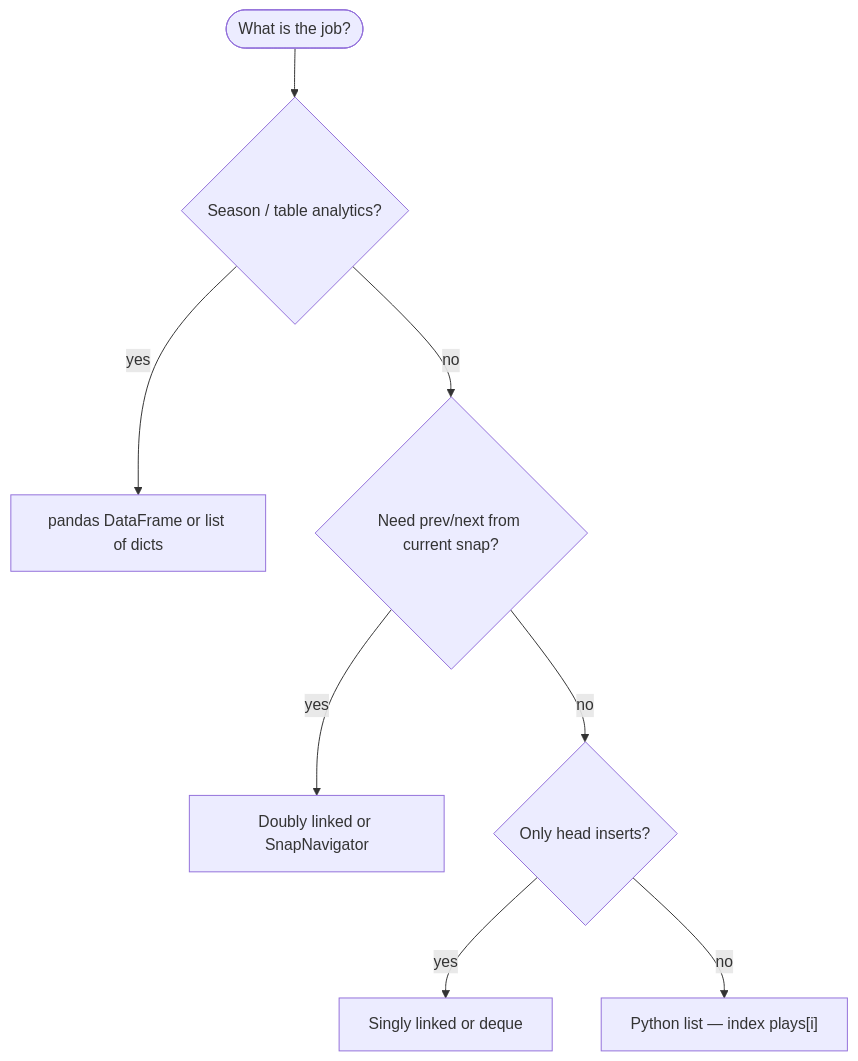
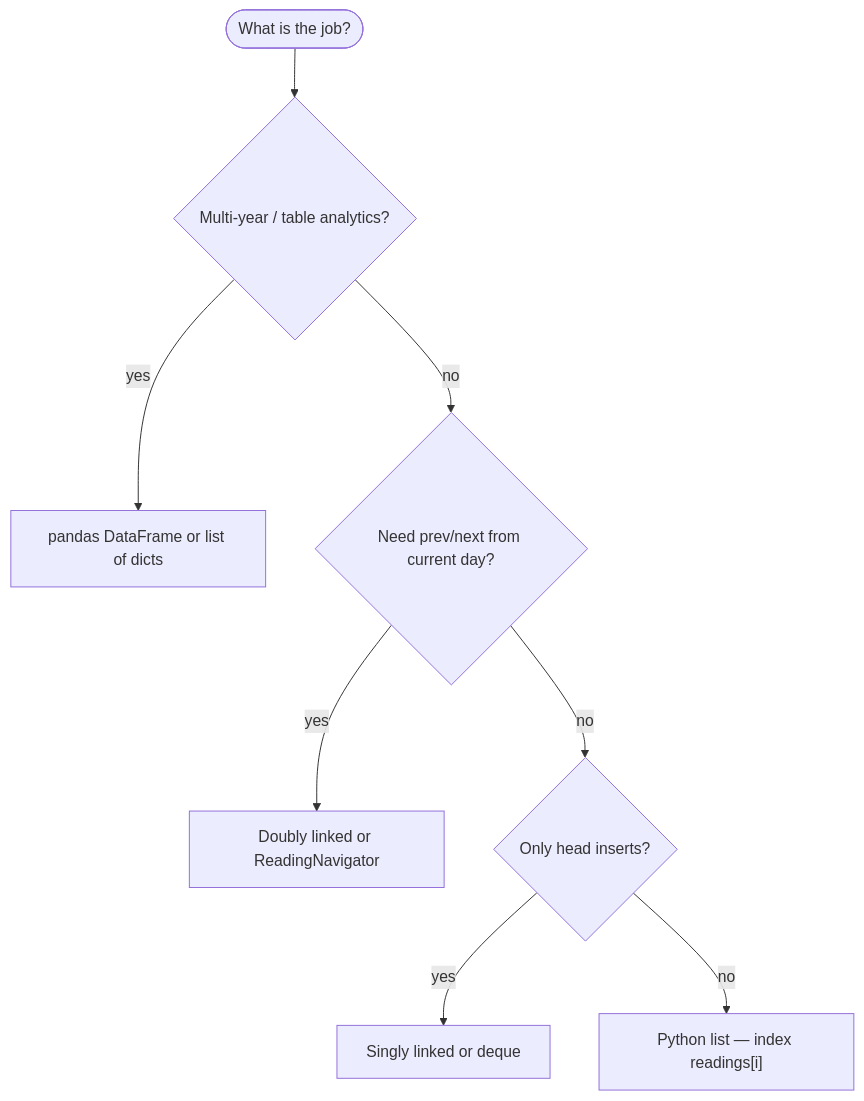
One commit to qgjones9/python-programming-guide changed the tenth of 10 diagrams in docs/dsa/data-structures/doubly-linked-list/index.md. Above: the diagram before and after it, drawn with Mermaid. The commit also changed other lines of this file and 6 other files, not shown here.

````diff
--- a/docs/dsa/data-structures/doubly-linked-list/index.md
+++ b/docs/dsa/data-structures/doubly-linked-list/index.md
@@ -1114,11 +1144,11 @@
 ```mermaid
 flowchart TD
   Q([What is the job?])
-  Q --> S{Season / table analytics?}
+  Q --> S{Multi-year / table analytics?}
   S -->|yes| DF["pandas DataFrame or list of dicts"]
-  S -->|no| B{Need prev/next from current snap?}
-  B -->|yes| DLL["Doubly linked or SnapNavigator"]
+  S -->|no| B{Need prev/next from current day?}
+  B -->|yes| DLL["Doubly linked or ReadingNavigator"]
   B -->|no| E{Only head inserts?}
   E -->|yes| SLL["Singly linked or deque"]
-  E -->|no| L["Python list — index plays[i]"]
+  E -->|no| L["Python list — index readings[i]"]
 ```
````
